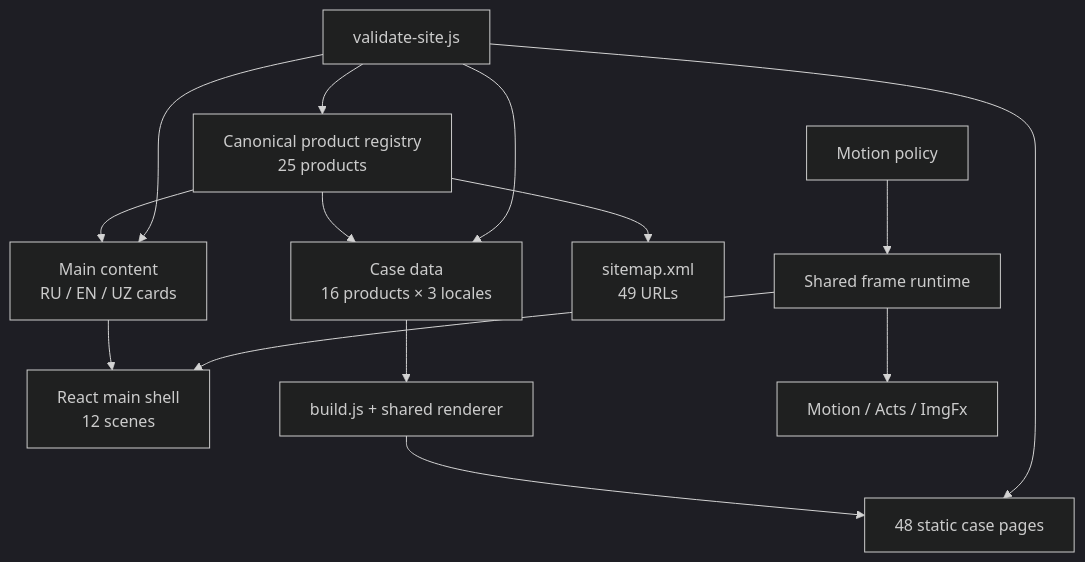
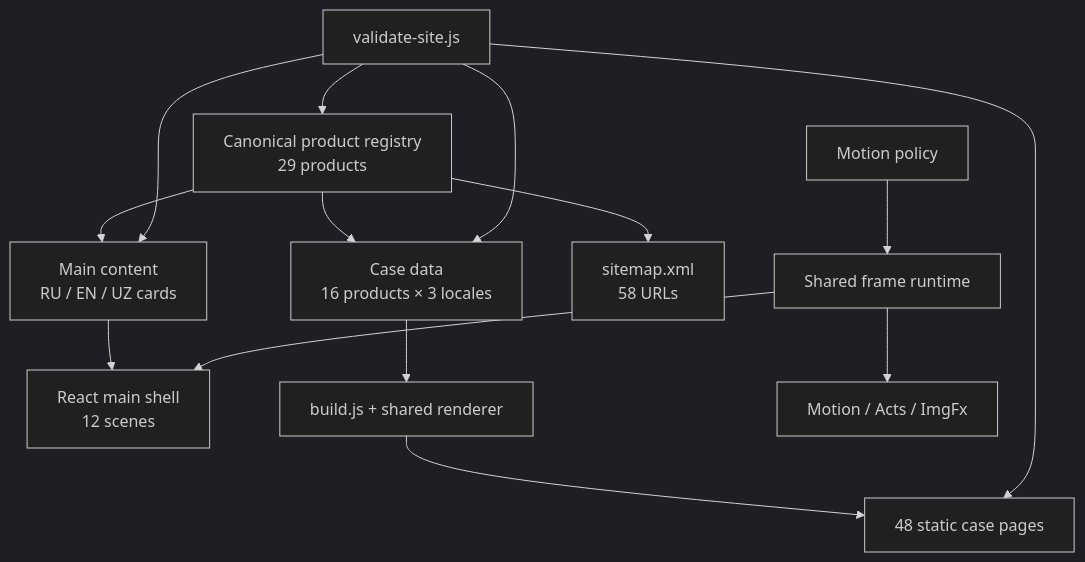
The diagram in docs/ARCHITECTURE.md (SamandarMansurkhodjaev2713/CV-Samandar), drawn with Mermaid (dark theme) before and after one commit. The commit also changed other lines of this file and 118 other files, not shown here.

````diff
--- a/docs/ARCHITECTURE.md
+++ b/docs/ARCHITECTURE.md
@@ -20,16 +20,16 @@
 ```mermaid
 flowchart TD
-  R["Canonical product registry\n25 products"] --> C["Main content\nRU / EN / UZ cards"]
+  R["Canonical product registry\n29 products"] --> C["Main content\nRU / EN / UZ cards"]
   R --> L["Case data\n16 products × 3 locales"]
   C --> A["React main shell\n12 scenes"]
   L --> G["build.js + shared renderer"]
   G --> H["48 static case pages"]
-  R --> S["sitemap.xml\n49 URLs"]
+  R --> S["sitemap.xml\n58 URLs"]
   P["Motion policy"] --> M["Shared frame runtime"]
   M --> A
   M --> X["Motion / Acts / ImgFx"]
   V["validate-site.js"] --> R
   V --> C
   V --> L
   V --> H
 ```
````
